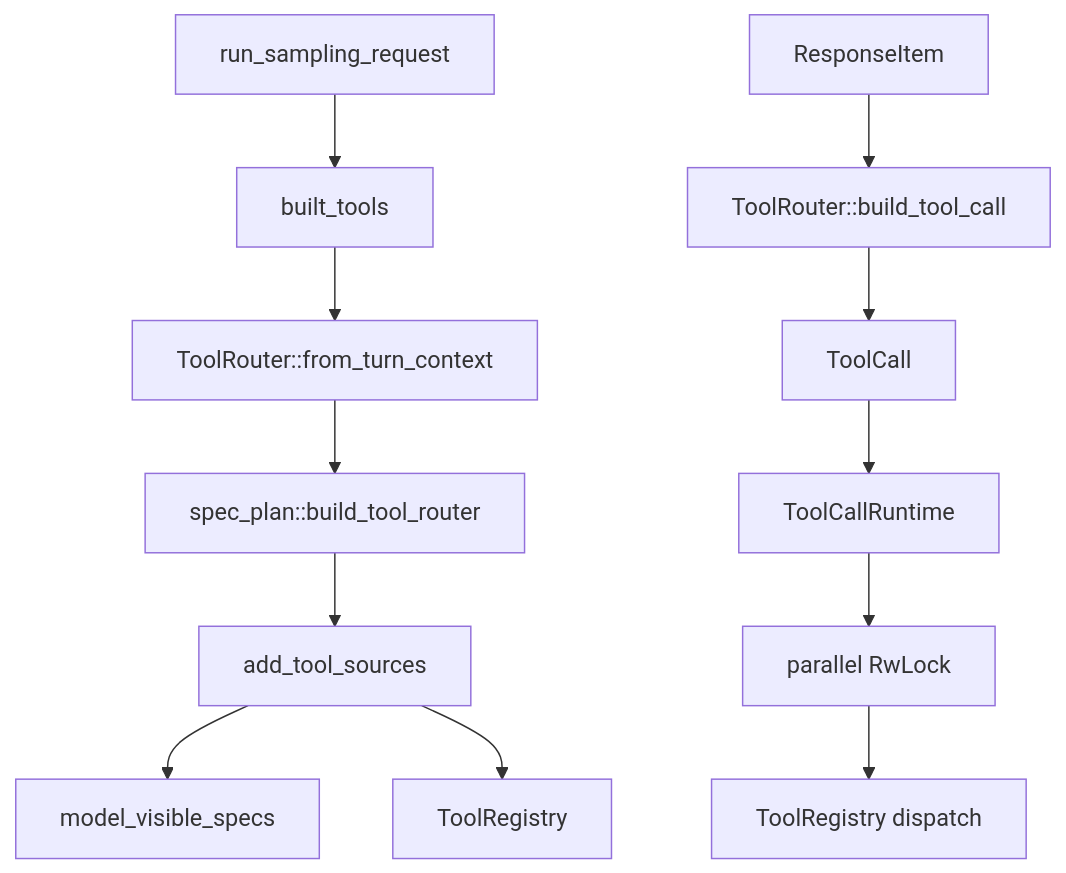
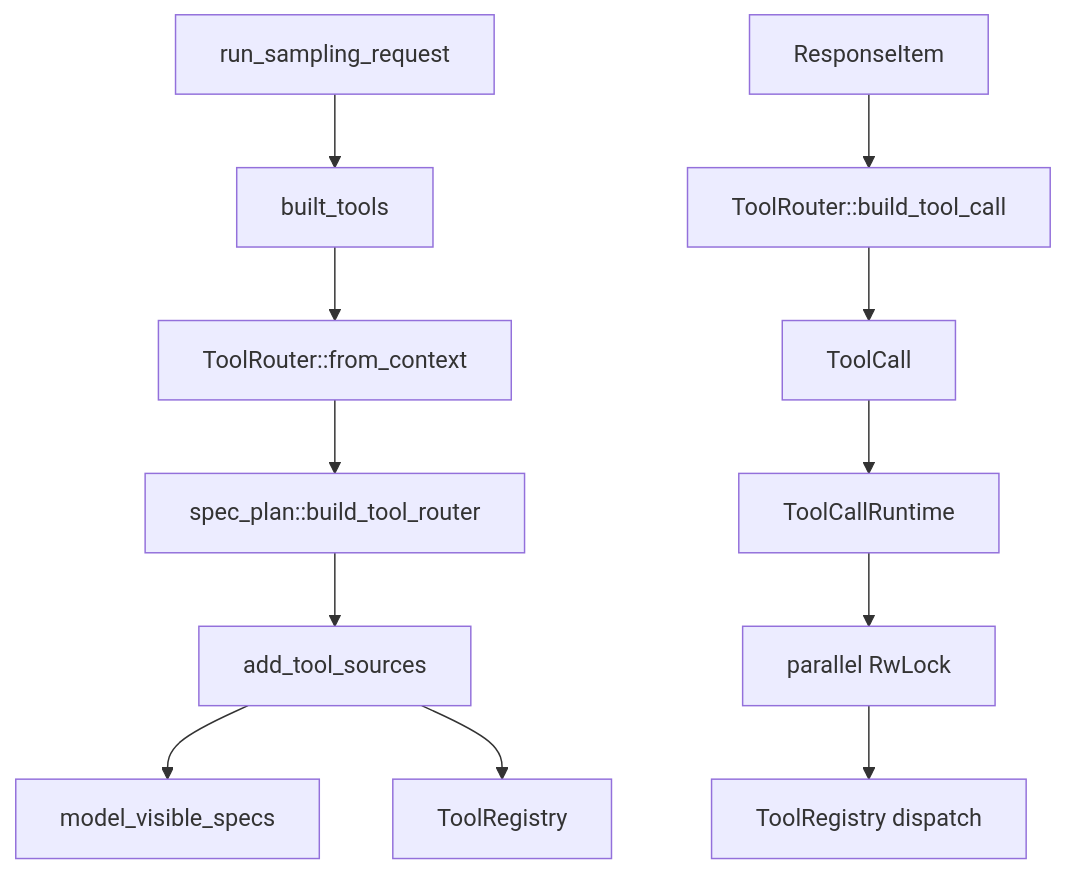
One commit to wdnmdtonyma/SOTA-Agent-LLM-Wiki changed the diagram in docs/llm-wiki/codex/spine/tool-call-anatomy.md. Above: the diagram before and after it, drawn with Mermaid. The commit also changed other lines of this file and 544 other files, not shown here.

````diff
--- a/docs/llm-wiki/codex/spine/tool-call-anatomy.md
+++ b/docs/llm-wiki/codex/spine/tool-call-anatomy.md
@@ -24,14 +24,14 @@
 ```mermaid
 flowchart TD
     TURN["run_sampling_request"] --> BUILT["built_tools"]
-    BUILT --> ROUTERCTX["ToolRouter::from_turn_context"]
+    BUILT --> ROUTERCTX["ToolRouter::from_context"]
     ROUTERCTX --> SPECPLAN["spec_plan::build_tool_router"]
     SPECPLAN --> SOURCES["add_tool_sources"]
     SOURCES --> SPECS["model_visible_specs"]
     SOURCES --> REGISTRY["ToolRegistry"]
     MODEL["ResponseItem"] --> BUILDCALL["ToolRouter::build_tool_call"]
     BUILDCALL --> CALL["ToolCall"]
     CALL --> RUNTIME["ToolCallRuntime"]
     RUNTIME --> GATE["parallel RwLock"]
     GATE --> DISPATCH["ToolRegistry dispatch"]
 ```
````
